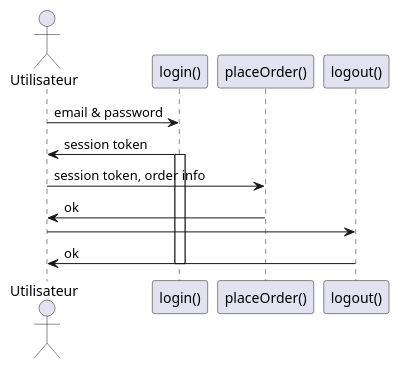
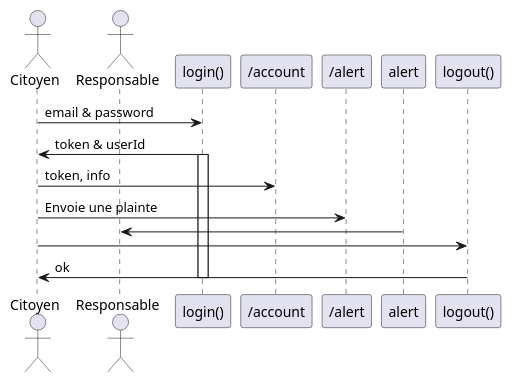
Before and after one commit to bastienrc/I-am-API: the first of 2 diagrams in doc/modelisation.md, drawn with PlantUML. The commit also changed other lines of this file, not shown here.

````diff
--- a/doc/modelisation.md
+++ b/doc/modelisation.md
@@ -31,13 +38,15 @@
 ```plantuml
-@startuml sequenceDiagramUtilisateur
-    actor Utilisateur
-    Utilisateur -> "login()" : email & password
-    "login()" -> Utilisateur : session token
+@startuml sequenceDiagramCitoyen
+    actor Citoyen
+    actor Responsable
+    Citoyen -> "login()" : email & password
+    "login()" -> Citoyen : token & userId
     activate "login()"
-    Utilisateur -> "placeOrder()" : session token, order info
-    "placeOrder()" -> Utilisateur : ok
-    Utilisateur -> "logout()"
-    "logout()" -> Utilisateur : ok
+    Citoyen -> "/account" : token, info
+    Citoyen -> "/alert" : Envoie une plainte
+    "alert" -> Responsable
+    Citoyen -> "logout()"
+    "logout()" -> Citoyen : ok
     deactivate "login()"
 @enduml
 ```
````
